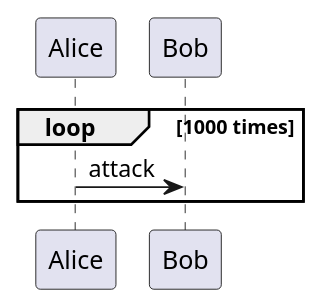
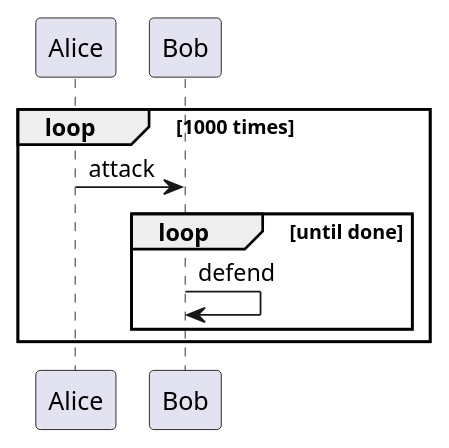
Before and after one commit to Aleks-Ya/yaal_examples: the diagram in Documentation+/PlantUml/sequence/loop.puml, drawn with PlantUML. The commit also changed 1 other file, not shown here.

Commit message:
PlantUml: add destroy.puml

```diff
--- a/Documentation+/PlantUml/sequence/loop.puml
+++ b/Documentation+/PlantUml/sequence/loop.puml
@@ -1,5 +1,8 @@
 @startuml
 loop 1000 times
     Alice -> Bob: attack
+    loop until done
+        Bob -> Bob: defend
+    end
 end
 @enduml
```
